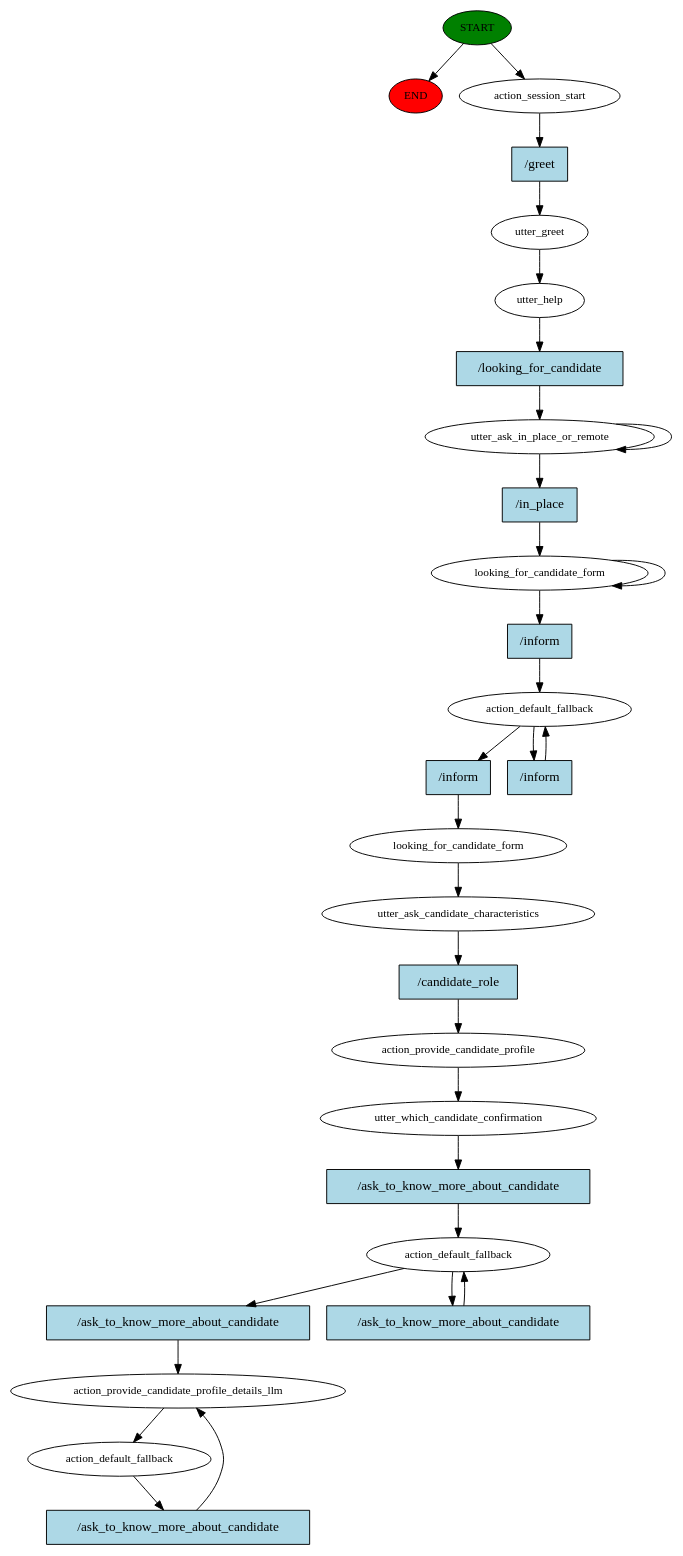
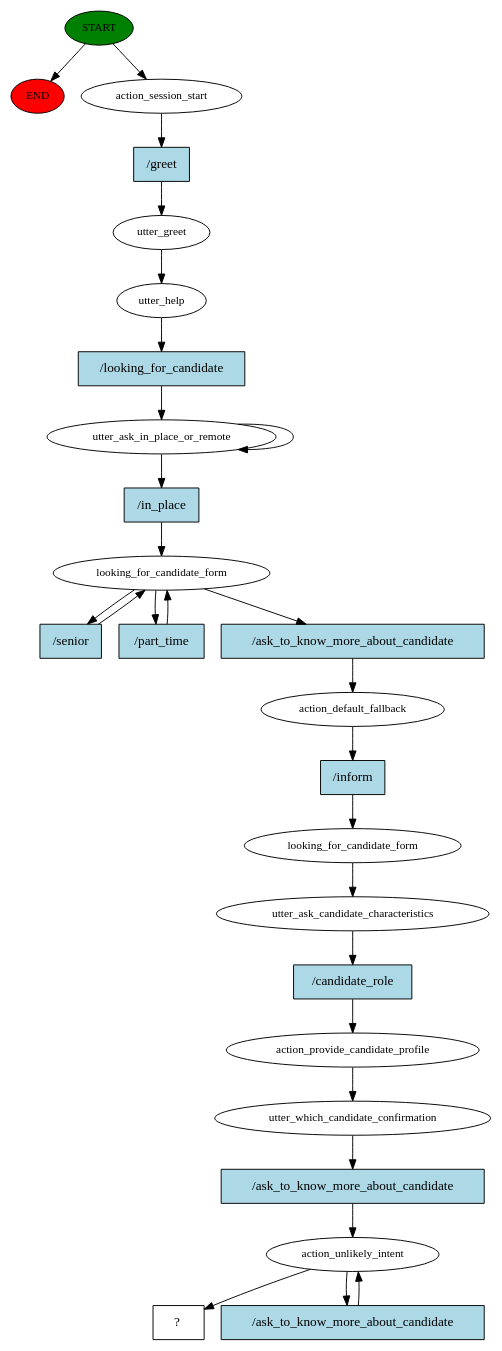
The diagram in src/story_graph.dot (r1cc4r2o/Jobify), drawn with Graphviz before and after one commit. The commit also changed 4 other files, not shown here.

```diff
--- a/src/story_graph.dot
+++ b/src/story_graph.dot
@@ -1,58 +1,53 @@
 digraph  {
 0 [class="start active", fillcolor=green, fontsize=12, label=START, style=filled];
 "-1" [class=end, fillcolor=red, fontsize=12, label=END, style=filled];
 1 [class=active, fontsize=12, label=action_session_start];
 2 [class=active, fontsize=12, label=utter_greet];
 3 [class=active, fontsize=12, label=utter_help];
 4 [class=active, fontsize=12, label=utter_ask_in_place_or_remote];
 6 [class=active, fontsize=12, label=looking_for_candidate_form];
-10 [class=active, fontsize=12, label=action_default_fallback];
-12 [class=active, fontsize=12, label=looking_for_candidate_form];
-13 [class=active, fontsize=12, label=utter_ask_candidate_characteristics];
-14 [class=active, fontsize=12, label=action_provide_candidate_profile];
-15 [class=active, fontsize=12, label=utter_which_candidate_confirmation];
-16 [class=active, fontsize=12, label=action_default_fallback];
-18 [class=active, fontsize=12, label=action_provide_candidate_profile_details_llm];
-19 [class="active dashed", fontsize=12, label=action_default_fallback];
-22 [class="intent active", fillcolor=lightblue, label="/greet", shape=rect, style=filled];
-23 [class="intent active", fillcolor=lightblue, label="/looking_for_candidate", shape=rect, style=filled];
-24 [class="intent active", fillcolor=lightblue, label="/in_place", shape=rect, style=filled];
-25 [class="intent active", fillcolor=lightblue, label="/inform", shape=rect, style=filled];
-26 [class="intent active", fillcolor=lightblue, label="/inform", shape=rect, style=filled];
-27 [class="intent active", fillcolor=lightblue, label="/inform", shape=rect, style=filled];
-28 [class="intent active", fillcolor=lightblue, label="/candidate_role", shape=rect, style=filled];
-29 [class="intent active", fillcolor=lightblue, label="/ask_to_know_more_about_candidate", shape=rect, style=filled];
-30 [class="intent active", fillcolor=lightblue, label="/ask_to_know_more_about_candidate", shape=rect, style=filled];
-31 [class="intent active", fillcolor=lightblue, label="/ask_to_know_more_about_candidate", shape=rect, style=filled];
-32 [class="intent active", fillcolor=lightblue, label="/ask_to_know_more_about_candidate", shape=rect, style=filled];
+9 [class=active, fontsize=12, label=action_default_fallback];
+10 [class=active, fontsize=12, label=looking_for_candidate_form];
+11 [class=active, fontsize=12, label=utter_ask_candidate_characteristics];
+12 [class=active, fontsize=12, label=action_provide_candidate_profile];
+13 [class=active, fontsize=12, label=utter_which_candidate_confirmation];
+14 [class=active, fontsize=12, label=action_unlikely_intent];
+17 [class="intent dashed active", label="  ?  ", shape=rect];
+18 [class="intent active", fillcolor=lightblue, label="/greet", shape=rect, style=filled];
+19 [class="intent active", fillcolor=lightblue, label="/looking_for_candidate", shape=rect, style=filled];
+20 [class="intent active", fillcolor=lightblue, label="/in_place", shape=rect, style=filled];
+21 [class="intent active", fillcolor=lightblue, label="/senior", shape=rect, style=filled];
+22 [class="intent active", fillcolor=lightblue, label="/part_time", shape=rect, style=filled];
+23 [class="intent active", fillcolor=lightblue, label="/ask_to_know_more_about_candidate", shape=rect, style=filled];
+24 [class="intent active", fillcolor=lightblue, label="/inform", shape=rect, style=filled];
+25 [class="intent active", fillcolor=lightblue, label="/candidate_role", shape=rect, style=filled];
+26 [class="intent active", fillcolor=lightblue, label="/ask_to_know_more_about_candidate", shape=rect, style=filled];
+27 [class="intent active", fillcolor=lightblue, label="/ask_to_know_more_about_candidate", shape=rect, style=filled];
 0 -> "-1"  [class="", key=NONE, label=""];
 0 -> 1  [class=active, key=NONE, label=""];
-1 -> 22  [class=active, key=0];
+1 -> 18  [class=active, key=0];
 2 -> 3  [class=active, key=NONE, label=""];
-3 -> 23  [class=active, key=0];
+3 -> 19  [class=active, key=0];
 4 -> 4  [class=active, key=NONE, label=""];
-4 -> 24  [class=active, key=0];
-6 -> 6  [class=active, key=NONE, label=""];
-6 -> 25  [class=active, key=0];
-10 -> 26  [class=active, key=0];
-10 -> 27  [class=active, key=0];
+4 -> 20  [class=active, key=0];
+6 -> 21  [class=active, key=0];
+6 -> 22  [class=active, key=0];
+6 -> 23  [class=active, key=0];
+9 -> 24  [class=active, key=0];
+10 -> 11  [class=active, key=NONE, label=""];
+11 -> 25  [class=active, key=0];
 12 -> 13  [class=active, key=NONE, label=""];
-13 -> 28  [class=active, key=0];
-14 -> 15  [class=active, key=NONE, label=""];
-15 -> 29  [class=active, key=0];
-16 -> 30  [class=active, key=0];
-16 -> 31  [class=active, key=0];
-18 -> 19  [class=active, key=NONE, label=""];
-19 -> 32  [class=active, key=0];
-22 -> 2  [class=active, key=0];
-23 -> 4  [class=active, key=0];
-24 -> 6  [class=active, key=0];
-25 -> 10  [class=active, key=0];
-26 -> 12  [class=active, key=0];
-27 -> 10  [class=active, key=0];
-28 -> 14  [class=active, key=0];
-29 -> 16  [class=active, key=0];
-30 -> 18  [class=active, key=0];
-31 -> 16  [class=active, key=0];
-32 -> 18  [class=active, key=0];
+13 -> 26  [class=active, key=0];
+14 -> 17  [class=active, key=NONE, label=""];
+14 -> 27  [class=active, key=0];
+18 -> 2  [class=active, key=0];
+19 -> 4  [class=active, key=0];
+20 -> 6  [class=active, key=0];
+21 -> 6  [class=active, key=0];
+22 -> 6  [class=active, key=0];
+23 -> 9  [class=active, key=0];
+24 -> 10  [class=active, key=0];
+25 -> 12  [class=active, key=0];
+26 -> 14  [class=active, key=0];
+27 -> 14  [class=active, key=0];
 }
```
